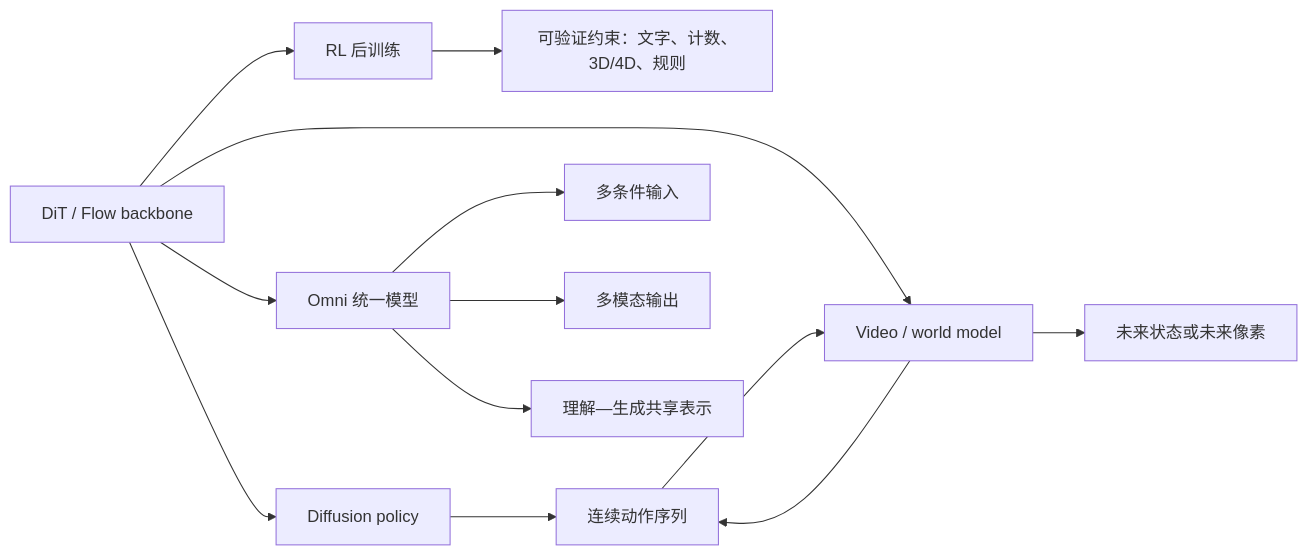
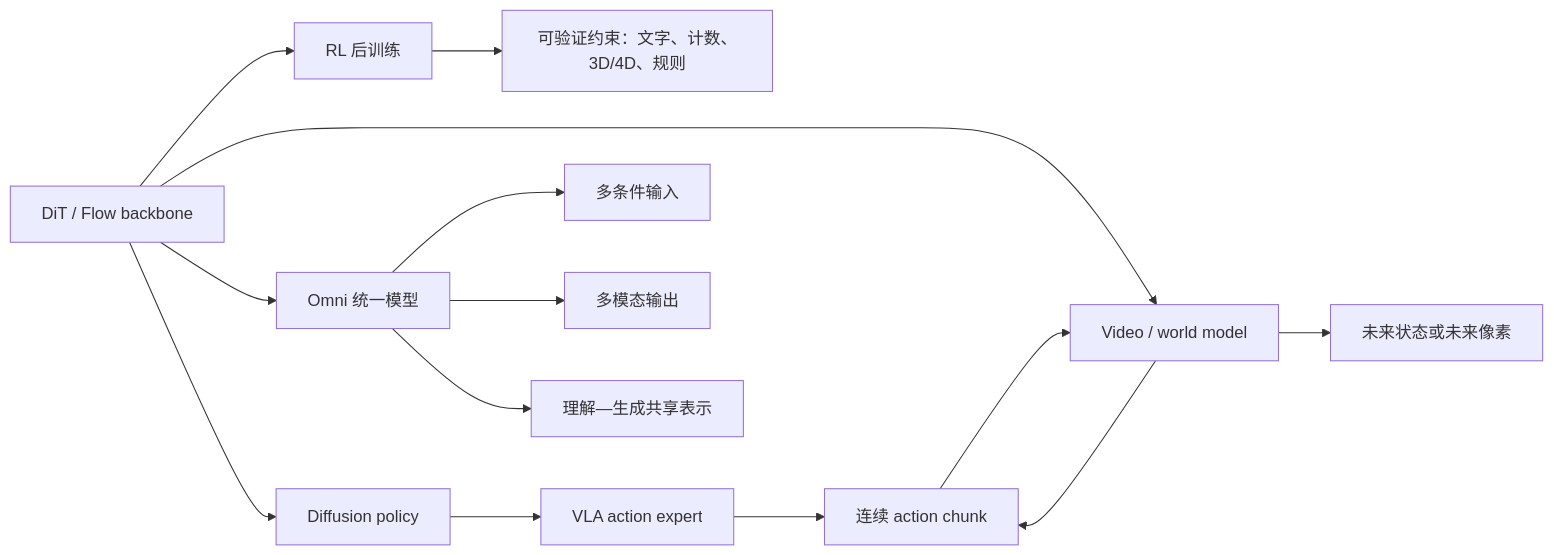
The diagram in notes/00_landscape.md (JasonChen9/dit-paper-landscape), drawn with Mermaid before and after one commit. The commit also changed other lines of this file and 12 other files, not shown here.

````diff
--- a/notes/00_landscape.md
+++ b/notes/00_landscape.md
@@ -38,15 +40,16 @@
 ```mermaid
 flowchart LR
   D["DiT / Flow backbone"] --> R["RL 后训练"]
   R --> RC["可验证约束：文字、计数、3D/4D、规则"]
   D --> P["Diffusion policy"]
-  P --> A["连续动作序列"]
+  P --> VLA["VLA action expert"]
+  VLA --> A["连续 action chunk"]
   D --> W["Video / world model"]
   W --> F["未来状态或未来像素"]
   A --> W
   W --> A
   D --> O["Omni 统一模型"]
   O --> C["多条件输入"]
   O --> M["多模态输出"]
   O --> U["理解—生成共享表示"]
 ```
````
